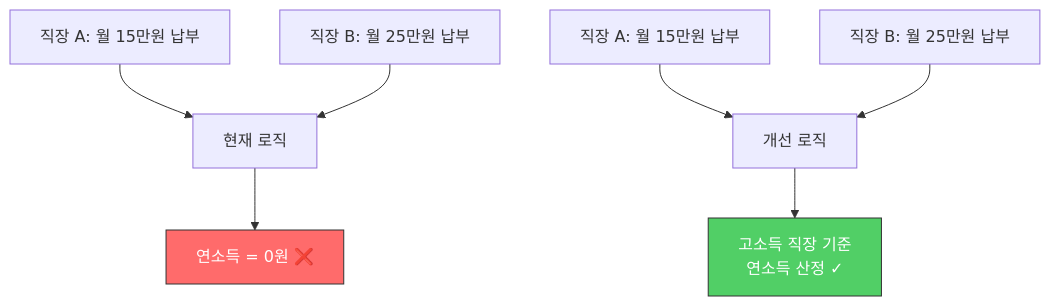
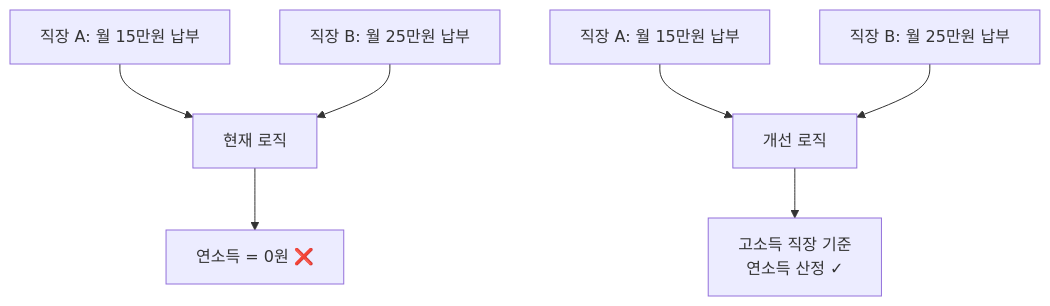
The fourth of 7 diagrams in _posts/2025-12-05-건강보험-연소득-산정의-엣지케이스-비즈니스-규칙이-코드보다-어려울-때.md (Gyubster/til), drawn with Mermaid before and after one commit. The commit also changed other lines of this file and 13 other files, not shown here.

Commit message:
Mermaid 렌더링 수정: subgraph style 명령 제거

````diff
--- a/_posts/2025-12-05-건강보험-연소득-산정의-엣지케이스-비즈니스-규칙이-코드보다-어려울-때.md
+++ b/_posts/2025-12-05-건강보험-연소득-산정의-엣지케이스-비즈니스-규칙이-코드보다-어려울-때.md
@@ -76,13 +75,11 @@
 ```mermaid
 flowchart TD
     A["직장 A: 월 15만원 납부"] --> C["현재 로직"]
     B["직장 B: 월 25만원 납부"] --> C
     C --> D["연소득 = 0원 ❌"]
     
     E["직장 A: 월 15만원 납부"] --> G["개선 로직"]
     F["직장 B: 월 25만원 납부"] --> G
     G --> H["고소득 직장 기준<br>연소득 산정 ✓"]
     
-    style D fill:#ff6b6b,stroke:#333,color:#fff
-    style H fill:#51cf66,stroke:#333,color:#fff
 ```
````
